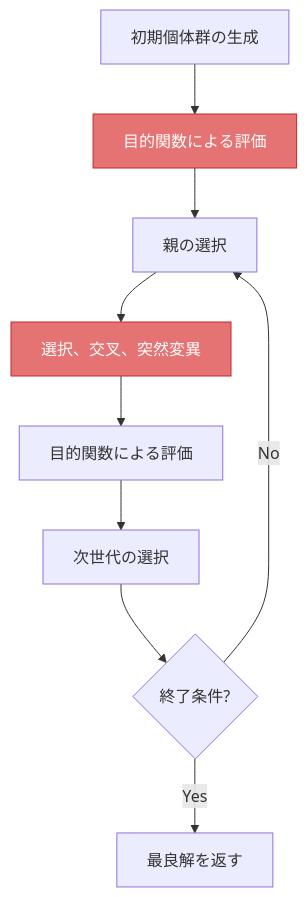
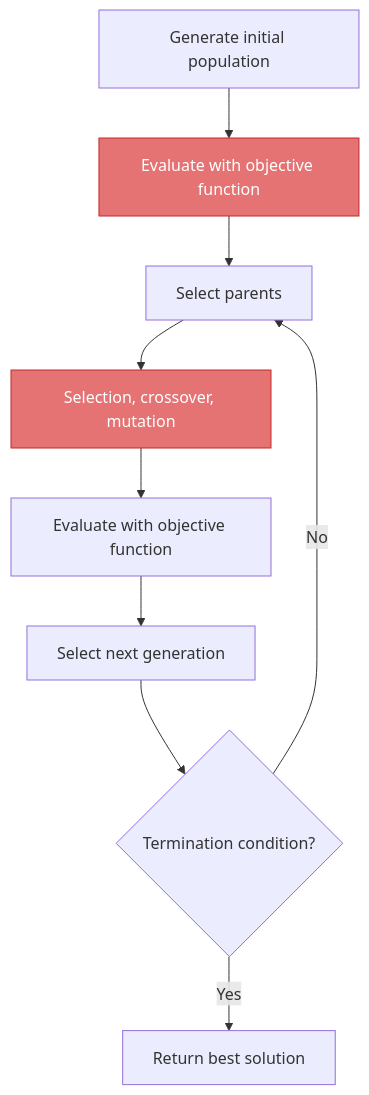
Before and after one commit to shlka/saealib: the first of 2 diagrams in docs/getting_started/what_is_saealib.md, drawn with Mermaid. The commit also changed other lines of this file and 50 other files, not shown here.

````diff
--- a/docs/getting_started/what_is_saealib.md
+++ b/docs/getting_started/what_is_saealib.md
@@ -18,14 +18,14 @@
 ```{mermaid}
 flowchart TD
-    A[初期個体群の生成] --> B["目的関数による評価"]
-    B --> C[親の選択]
-    C --> D[選択、交叉、突然変異]
-    D --> E["目的関数による評価"]
-    E --> F[次世代の選択]
-    F --> G{終了条件?}
+    A[Generate initial population] --> B["Evaluate with objective function"]
+    B --> C[Select parents]
+    C --> D[Selection, crossover, mutation]
+    D --> E["Evaluate with objective function"]
+    E --> F[Select next generation]
+    F --> G{Termination condition?}
     G -- No --> C
-    G -- Yes --> H[最良解を返す]
+    G -- Yes --> H[Return best solution]
 
     style B fill:#e57373,color:#fff,stroke:#c62828
     style D fill:#e57373,color:#fff,stroke:#c62828
 ```
````
